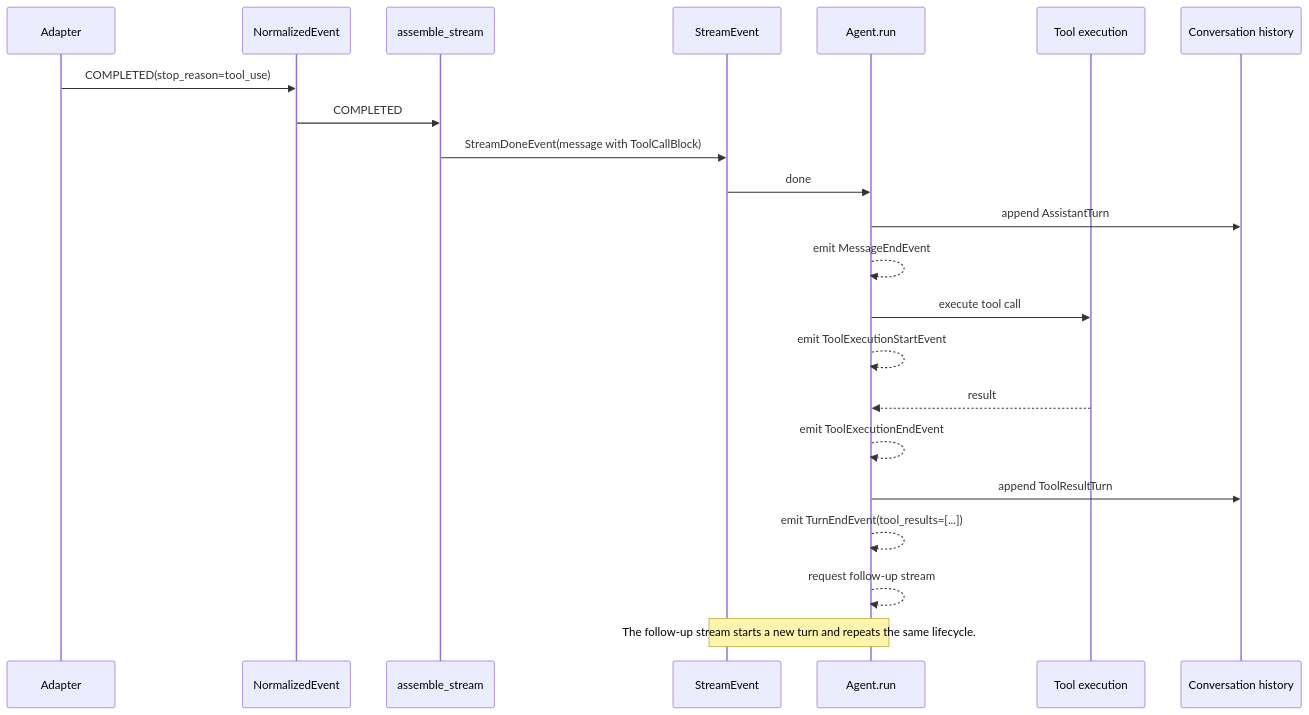
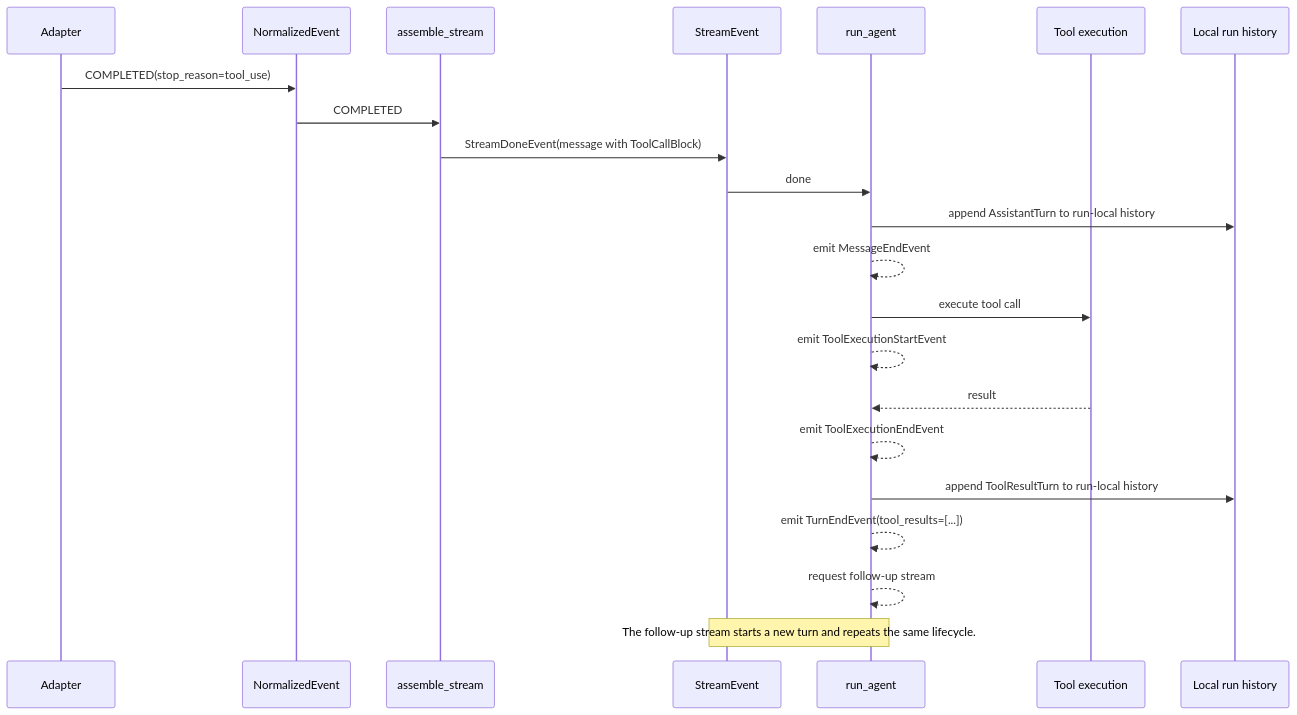
The seventh of 8 diagrams in docs/openai-stream-event-lifecycle.md (muneebshahid/tile), drawn with Mermaid before and after one commit. The commit also changed other lines of this file and 5 other files, not shown here.

````diff
--- a/docs/openai-stream-event-lifecycle.md
+++ b/docs/openai-stream-event-lifecycle.md
@@ -250,25 +250,25 @@
 ```mermaid
 sequenceDiagram
     participant Adapter as Adapter
     participant Norm as NormalizedEvent
     participant Asm as assemble_stream
     participant Stream as StreamEvent
-    participant Agent as Agent.run
+    participant Agent as run_agent
     participant Tool as Tool execution
-    participant Hist as Conversation history
+    participant Hist as Local run history
 
     Adapter->>Norm: COMPLETED(stop_reason=tool_use)
     Norm->>Asm: COMPLETED
     Asm->>Stream: StreamDoneEvent(message with ToolCallBlock)
     Stream->>Agent: done
-    Agent->>Hist: append AssistantTurn
+    Agent->>Hist: append AssistantTurn to run-local history
     Agent-->>Agent: emit MessageEndEvent
     Agent->>Tool: execute tool call
     Agent-->>Agent: emit ToolExecutionStartEvent
     Tool-->>Agent: result
     Agent-->>Agent: emit ToolExecutionEndEvent
-    Agent->>Hist: append ToolResultTurn
+    Agent->>Hist: append ToolResultTurn to run-local history
     Agent-->>Agent: emit TurnEndEvent(tool_results=[...])
     Agent-->>Agent: request follow-up stream
     Note over Agent,Stream: The follow-up stream starts a new turn and repeats the same lifecycle.
 ```
````
